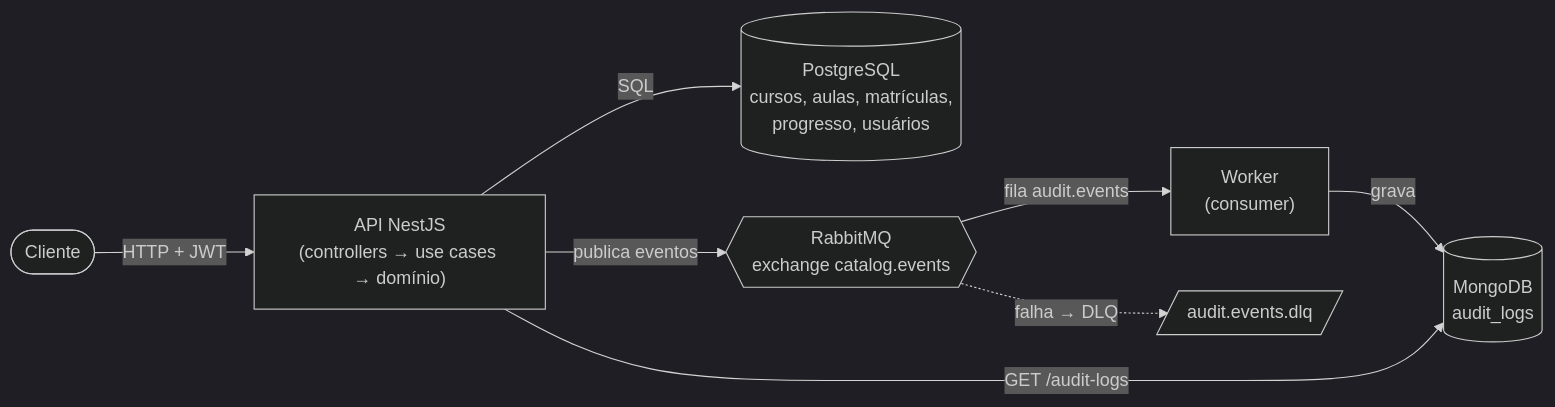
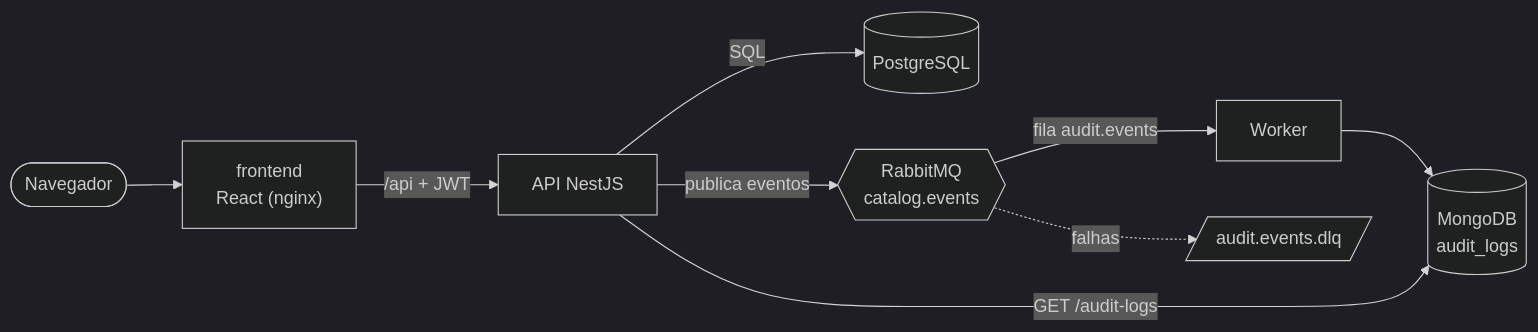
One commit to LuisHenriqueFurlan/catalog-api changed the first of 3 diagrams in README.md. Above: the diagram before and after it, drawn with Mermaid (dark theme). The commit also changed other lines of this file, not shown here.

Commit message:
docs: README enxuto com diagramas de arquitetura e sequência

````diff
--- a/README.md
+++ b/README.md
@@ -12,10 +15,11 @@
 ```mermaid
 flowchart LR
-    C([Cliente]) -- "HTTP + JWT" --> API["API NestJS<br/>(controllers → use cases → domínio)"]
-    API -- "SQL" --> PG[("PostgreSQL<br/>cursos, aulas, matrículas,<br/>progresso, usuários")]
-    API -- "publica eventos" --> MQ{{"RabbitMQ<br/>exchange catalog.events"}}
-    MQ -- "fila audit.events" --> W["Worker<br/>(consumer)"]
-    W -- "grava" --> MG[("MongoDB<br/>audit_logs")]
+    U([Navegador]) --> WEB["frontend<br/>React (nginx)"]
+    WEB -- "/api + JWT" --> API["API NestJS"]
+    API -- SQL --> PG[("PostgreSQL")]
+    API -- "publica eventos" --> MQ{{"RabbitMQ<br/>catalog.events"}}
+    MQ -- "fila audit.events" --> W["Worker"]
+    W --> MG[("MongoDB<br/>audit_logs")]
     API -- "GET /audit-logs" --> MG
-    MQ -. "falha → DLQ" .-> DLQ[/"audit.events.dlq"/]
+    MQ -. "falhas" .-> DLQ[/"audit.events.dlq"/]
 ```
````
